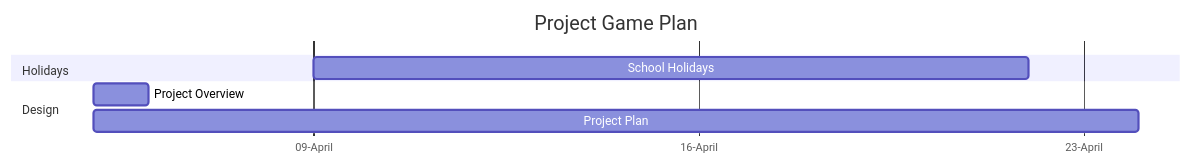
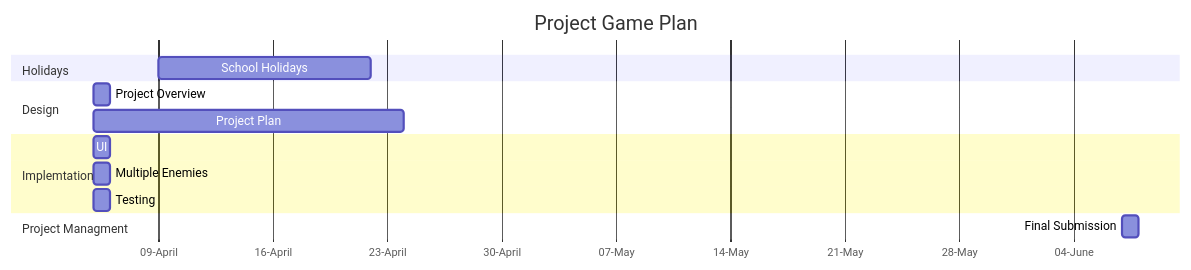
One commit to livnotlil/SPI changed the diagram in Design.md. Above: the diagram before and after it, drawn with Mermaid.

Commit message:
Updated Plan

````diff
--- a/Design.md
+++ b/Design.md
@@ -131,14 +131,23 @@
  ```mermaid
 gantt
     title Project Game Plan
     dateFormat DD-MM-YY
     axisFormat %d-%B
     tickInterval 1week
 
     section Holidays
     School Holidays: 09-04-23, 22-04-23
 
     section Design
     Project Overview:05-04-23, 1d
     Project Plan: 05-04-23, 24-04-23
+
+    section Implemtation
+    UI:05-04-23, 1d
+    Multiple Enemies:05-04-23, 1d
+
+    Testing:05-04-23, 1d
+
+    section Project Managment
+    Final Submission: 07-06-23, 1d
  ```
````
